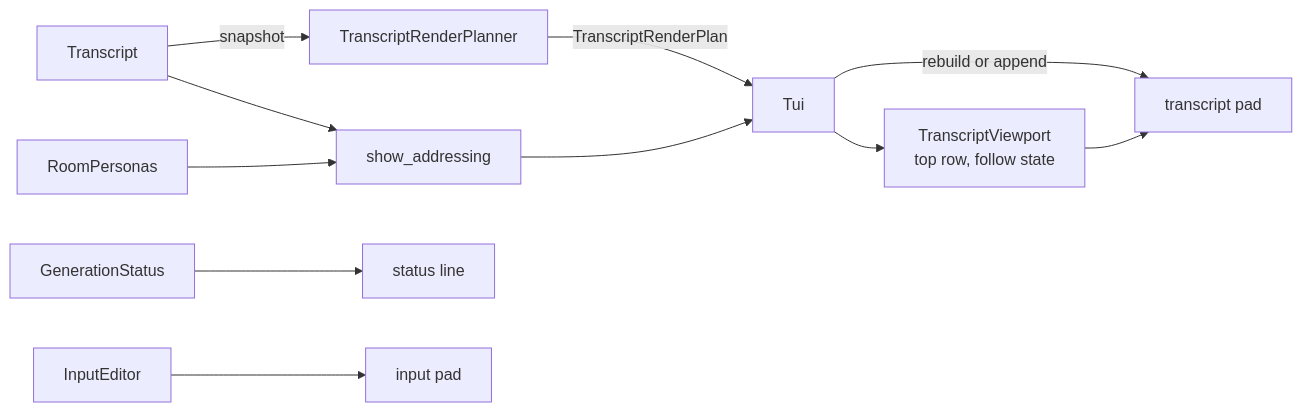
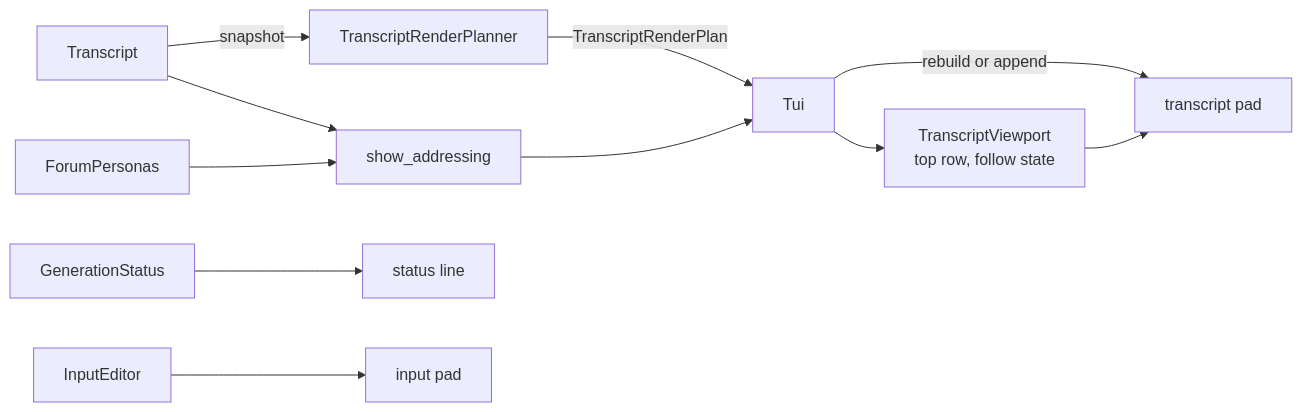
Before and after one commit to michaelpopov/cha: the second of 2 diagrams in src/ui/tui/README.md, drawn with Mermaid. The commit also changed other lines of this file and 59 other files, not shown here.

Commit message:
Rename room to forum

````diff
--- a/src/ui/tui/README.md
+++ b/src/ui/tui/README.md
@@ -94,13 +94,13 @@
 ```mermaid
 flowchart LR
     conv["Transcript"] -->|"snapshot"| plan["TranscriptRenderPlanner"]
     plan -->|"TranscriptRenderPlan"| tui["Tui"]
     tui -->|"rebuild or append"| pad["transcript pad"]
     tui --> port["TranscriptViewport<br/>top row, follow state"]
     port --> pad
-    personas["RoomPersonas"] --> addr["show_addressing"]
+    personas["ForumPersonas"] --> addr["show_addressing"]
     conv --> addr
     addr --> tui
     status["GenerationStatus"] --> line["status line"]
     editor["InputEditor"] --> inpad["input pad"]
 ```
````
